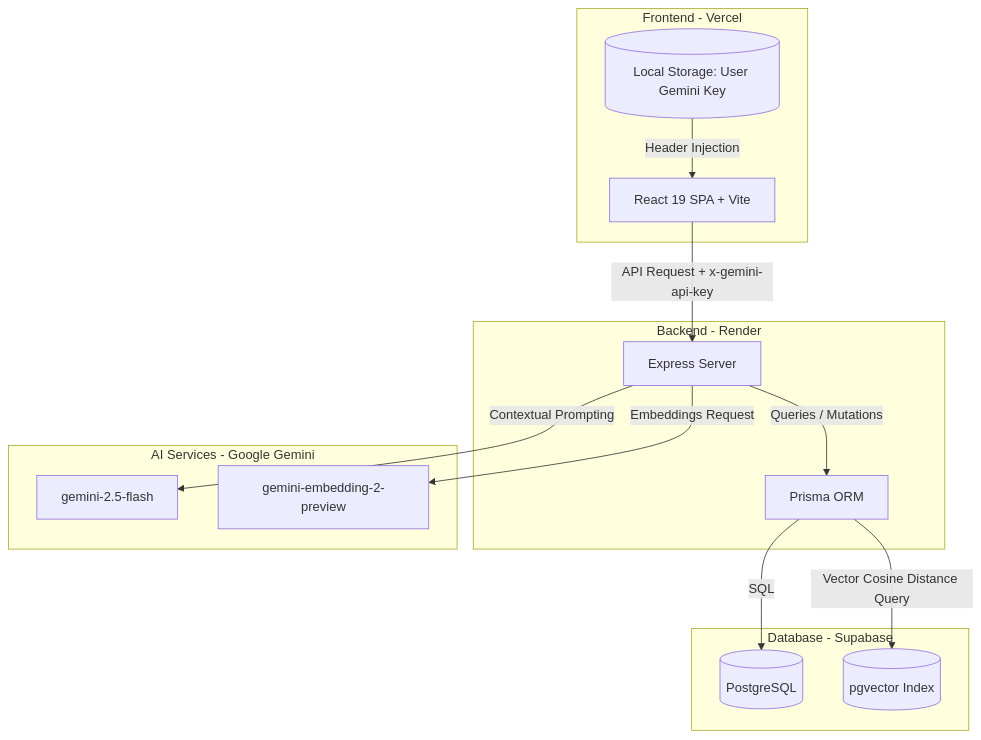
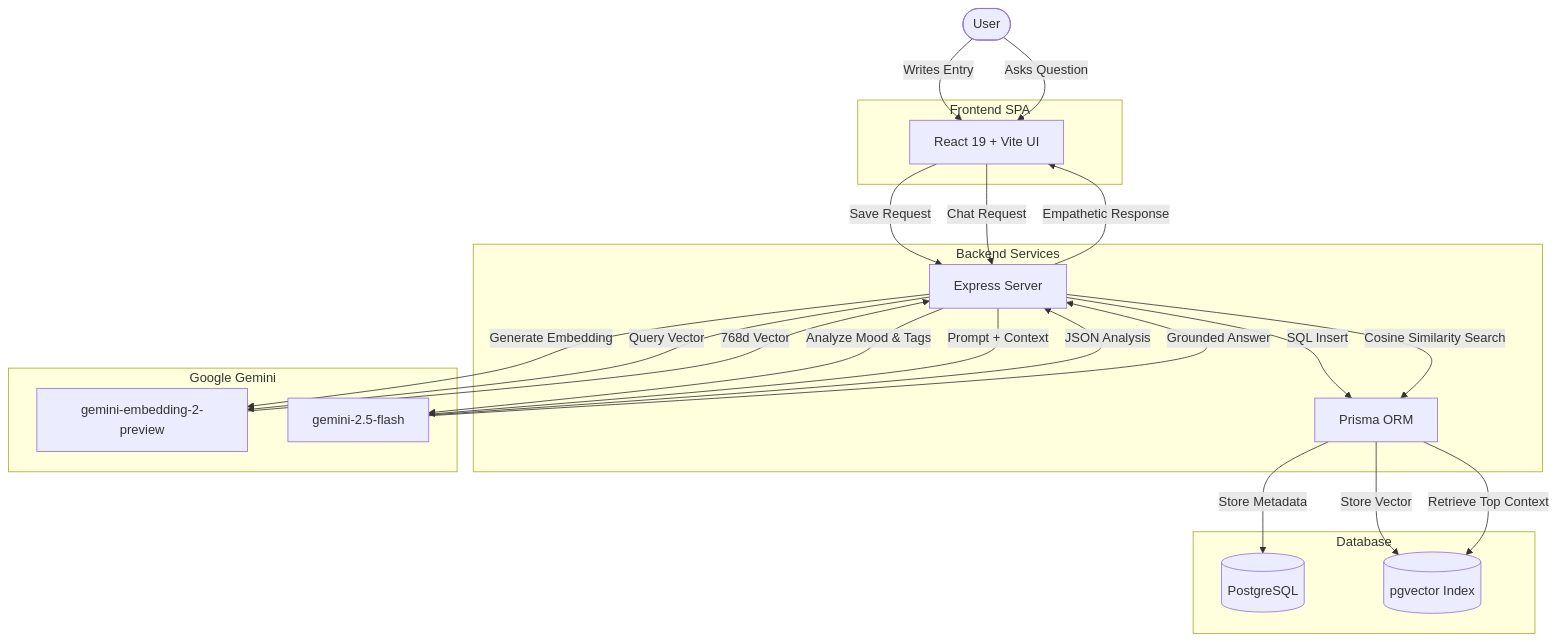
The first of 8 diagrams in README.md (NINJA981/Solace-Diaries), drawn with Mermaid before and after one commit. The commit also changed other lines of this file, not shown here.

````diff
--- a/README.md
+++ b/README.md
@@ -13,30 +46,45 @@
 ```mermaid
-graph TD
-    subgraph Client [Frontend - Vercel]
-        UI[React 19 SPA + Vite]
-        LS[(Local Storage: User Gemini Key)]
+flowchart TD
+    %% Define Nodes
+    User([User])
+    
+    subgraph Client [Frontend SPA]
+        UI[React 19 + Vite UI]
+    end
+    
+    subgraph API [Backend Services]
+        Server[Express Server]
+        Prisma[Prisma ORM]
+    end
+    
+    subgraph Storage [Database]
+        DB[(PostgreSQL)]
+        VectorDB[(pgvector Index)]
+    end
+    
+    subgraph Intelligence [Google Gemini]
+        Embeddings[gemini-embedding-2-preview]
+        Gemini[gemini-2.5-flash]
     end
 
-    subgraph API [Backend - Render]
-        SVR[Express Server]
-        PRM[Prisma ORM]
-    end
-
-    subgraph Storage [Database - Supabase]
-        DB[(PostgreSQL)]
-        VEC[(pgvector Index)]
-    end
-
-    subgraph AI [AI Services - Google Gemini]
-        GEM[gemini-2.5-flash]
-        EMB[gemini-embedding-2-preview]
-    end
-
-    UI -->|API Request + x-gemini-api-key| SVR
-    LS -->|Header Injection| UI
-    SVR -->|Queries / Mutations| PRM
-    PRM -->|SQL| DB
-    PRM -->|Vector Cosine Distance Query| VEC
-    SVR -->|Embeddings Request| EMB
-    SVR -->|Contextual Prompting| GEM
+    %% Journaling Flow
+    User -->|Writes Entry| UI
+    UI -->|Save Request| Server
+    Server -->|Generate Embedding| Embeddings
+    Server -->|Analyze Mood & Tags| Gemini
+    Embeddings -->|768d Vector| Server
+    Gemini -->|JSON Analysis| Server
+    Server -->|SQL Insert| Prisma
+    Prisma -->|Store Metadata| DB
+    Prisma -->|Store Vector| VectorDB
+    
+    %% RAG Chat Flow
+    User -->|Asks Question| UI
+    UI -->|Chat Request| Server
+    Server -->|Query Vector| Embeddings
+    Server -->|Cosine Similarity Search| Prisma
+    Prisma -->|Retrieve Top Context| VectorDB
+    Server -->|Prompt + Context| Gemini
+    Gemini -->|Grounded Answer| Server
+    Server -->|Empathetic Response| UI
 ```
````
